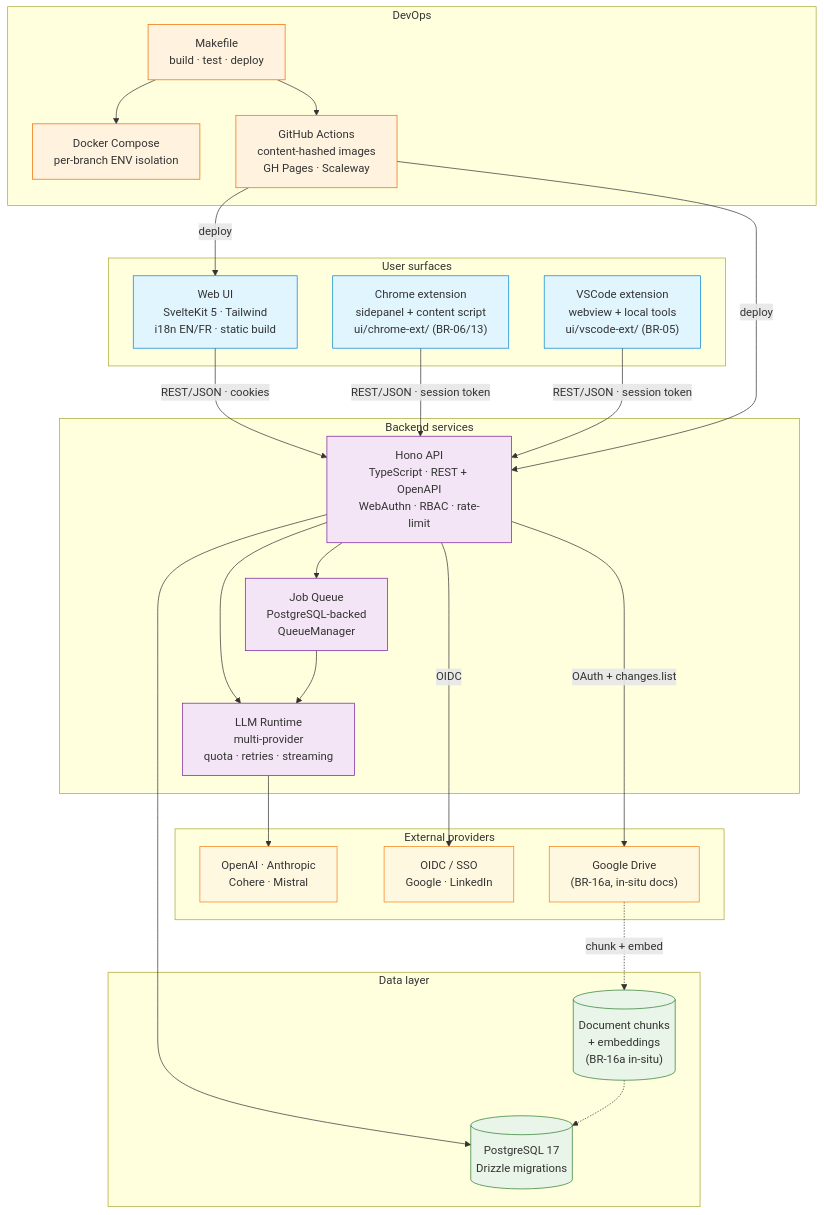
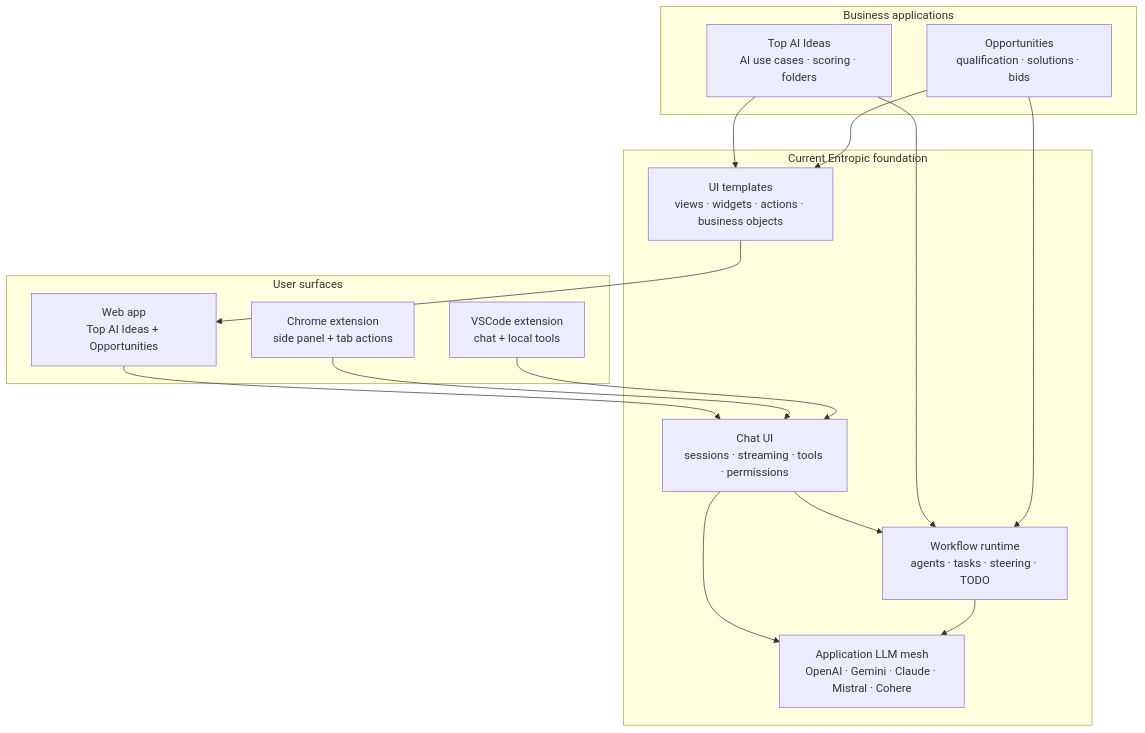
Before and after one commit to rhanka/sentropic: the first of 2 diagrams in README.md, drawn with Mermaid. The commit also changed other lines of this file and 4 other files, not shown here.

````diff
--- a/README.md
+++ b/README.md
@@ -62,62 +86,34 @@
 ```mermaid
 flowchart TB
     subgraph Surfaces["User surfaces"]
-        WebUI["Web UI<br/>SvelteKit 5 · Tailwind<br/>i18n EN/FR · static build"]
-        Chrome["Chrome extension<br/>sidepanel + content script<br/>ui/chrome-ext/ (BR-06/13)"]
-        VSCode["VSCode extension<br/>webview + local tools<br/>ui/vscode-ext/ (BR-05)"]
+        Web["Web app<br/>Top AI Ideas + Opportunities"]
+        Chrome["Chrome extension<br/>side panel + tab actions"]
+        VSCode["VSCode extension<br/>chat + local tools"]
     end
 
-    subgraph Backend["Backend services"]
-        API["Hono API<br/>TypeScript · REST + OpenAPI<br/>WebAuthn · RBAC · rate-limit"]
-        Runtime["LLM Runtime<br/>multi-provider<br/>quota · retries · streaming"]
-        Queue["Job Queue<br/>PostgreSQL-backed<br/>QueueManager"]
+    subgraph Core["Current Entropic foundation"]
+        Chat["Chat UI<br/>sessions · streaming · tools · permissions"]
+        Workflow["Workflow runtime<br/>agents · tasks · steering · TODO"]
+        LLM["Application LLM mesh<br/>OpenAI · Gemini · Claude · Mistral · Cohere"]
+        Templates["UI templates<br/>views · widgets · actions · business objects"]
     end
 
-    subgraph Data["Data layer"]
-        DB[("PostgreSQL 17<br/>Drizzle migrations")]
-        Docs[("Document chunks<br/>+ embeddings<br/>(BR-16a in-situ)")]
+    subgraph Business["Business applications"]
+        Ideas["Top AI Ideas<br/>AI use cases · scoring · folders"]
+        Opps["Opportunities<br/>qualification · solutions · bids"]
     end
 
-    subgraph External["External providers"]
-        LLMs["OpenAI · Anthropic<br/>Cohere · Mistral"]
-        OIDC["OIDC / SSO<br/>Google · LinkedIn"]
-        GDrive["Google Drive<br/>(BR-16a, in-situ docs)"]
-    end
+    Web --> Chat
+    Chrome --> Chat
+    VSCode --> Chat
 
-    subgraph DevOps["DevOps"]
-        Make["Makefile<br/>build · test · deploy"]
-        Compose["Docker Compose<br/>per-branch ENV isolation"]
-        CI["GitHub Actions<br/>content-hashed images<br/>GH Pages · Scaleway"]
-    end
+    Chat --> Workflow
+    Chat --> LLM
+    Workflow --> LLM
+    Templates --> Web
 
-    WebUI -->|REST/JSON · cookies| API
-    Chrome -->|REST/JSON · session token| API
-    VSCode -->|REST/JSON · session token| API
-
-    API --> Runtime
-    API --> DB
-    API --> Queue
-    Queue --> Runtime
-    Runtime --> LLMs
-
-    API -->|OIDC| OIDC
-    API -->|OAuth + changes.list| GDrive
-    GDrive -.->|chunk + embed| Docs
-    Docs -.-> DB
-
-    Make --> Compose
-    Make --> CI
-    CI -->|deploy| WebUI
-    CI -->|deploy| API
-
-    classDef surface fill:#e1f5fe,stroke:#0288d1
-    classDef backend fill:#f3e5f5,stroke:#7b1fa2
-    classDef data fill:#e8f5e8,stroke:#2e7d32
-    classDef external fill:#fff8e1,stroke:#f57f17
-    classDef devops fill:#fff3e0,stroke:#ef6c00
-    class WebUI,Chrome,VSCode surface
-    class API,Runtime,Queue backend
-    class DB,Docs data
-    class LLMs,OIDC,GDrive external
-    class Make,Compose,CI devops
+    Ideas --> Templates
+    Opps --> Templates
+    Ideas --> Workflow
+    Opps --> Workflow
 ```
````
